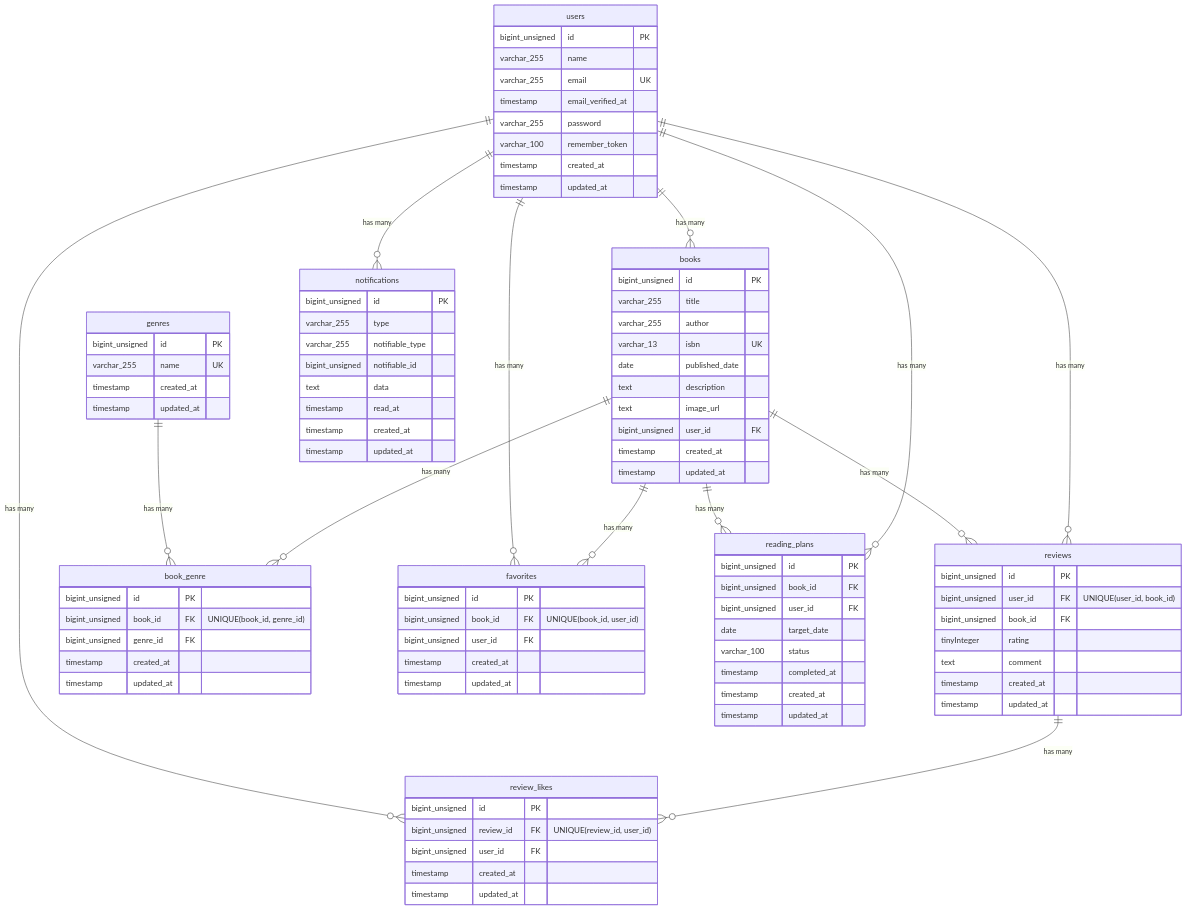
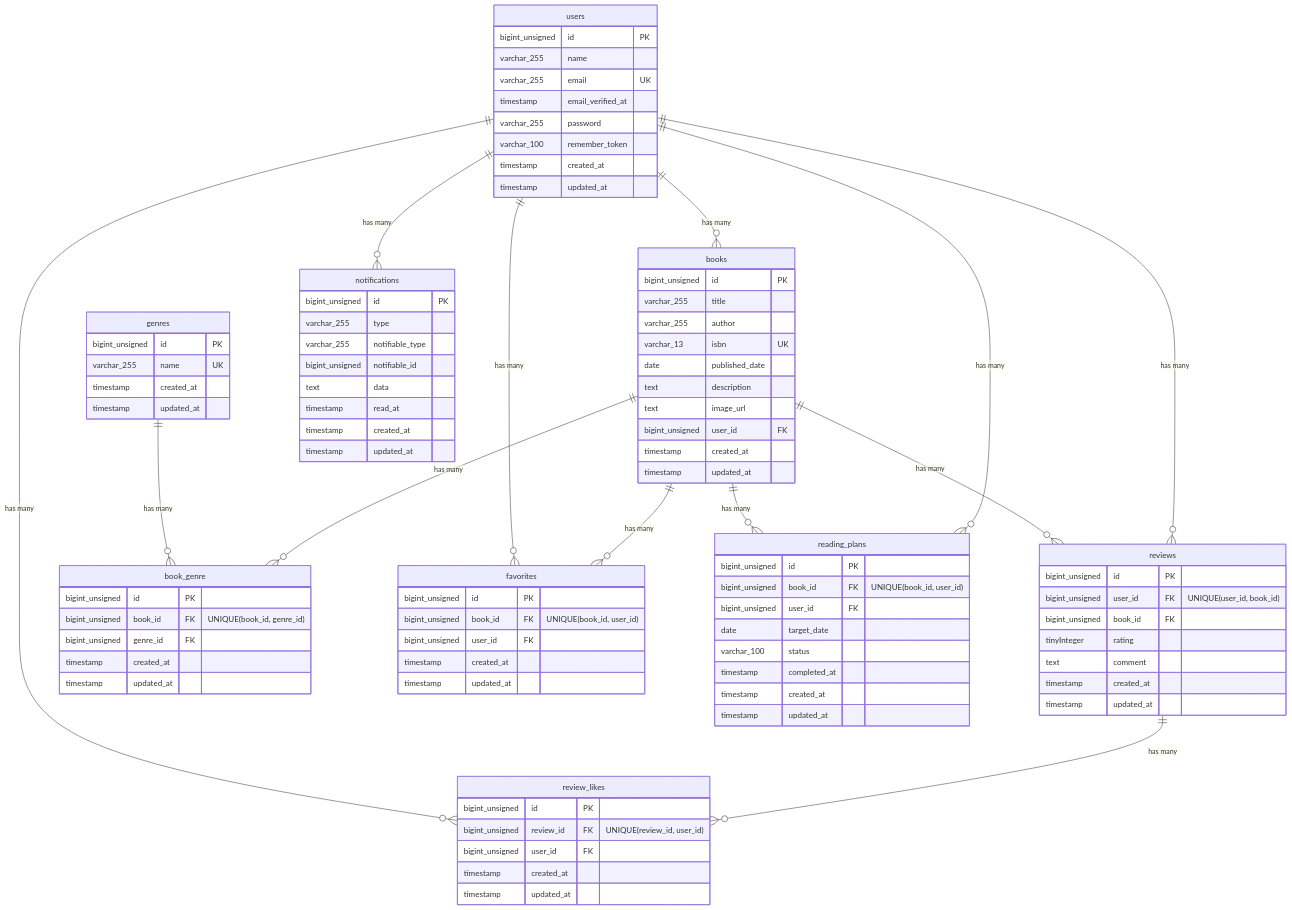
Before and after one commit to O-Ayumi/bookshelf-app: the diagram in README.md, drawn with Mermaid. The commit also changed other lines of this file and 8 other files, not shown here.

```diff
--- a/README.md
+++ b/README.md
@@ -121,7 +121,7 @@
 
     reading_plans {
         bigint_unsigned id PK
-        bigint_unsigned book_id FK
+        bigint_unsigned book_id FK "UNIQUE(book_id, user_id)"
         bigint_unsigned user_id FK
         date target_date
         varchar_100 status
```
